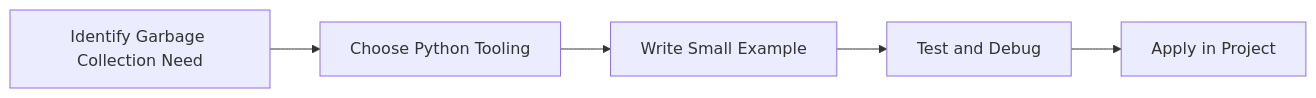
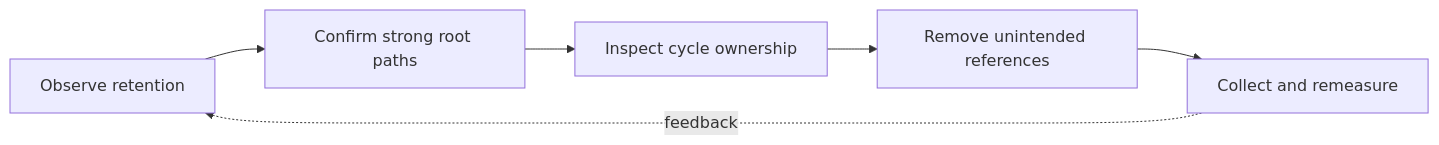
One commit to SYMOIZ/E-Learning-Portal changed the diagram in Python-Mastery/Advanced/06-garbage-collection.md. Above: the diagram before and after it, drawn with Mermaid. The commit also changed other lines of this file and 116 other files, not shown here.

````diff
--- a/Python-Mastery/Advanced/06-garbage-collection.md
+++ b/Python-Mastery/Advanced/06-garbage-collection.md
@@ -127,7 +168,8 @@
 ```mermaid
 flowchart LR
-    A[Identify Garbage Collection Need] --> B[Choose Python Tooling]
-    B --> C[Write Small Example]
-    C --> D[Test and Debug]
-    D --> E[Apply in Project]
+    A[Observe retention] --> B[Confirm strong root paths]
+    B --> C[Inspect cycle ownership]
+    C --> D[Remove unintended references]
+    D --> E[Collect and remeasure]
+    E -. feedback .-> A
 ```
````
